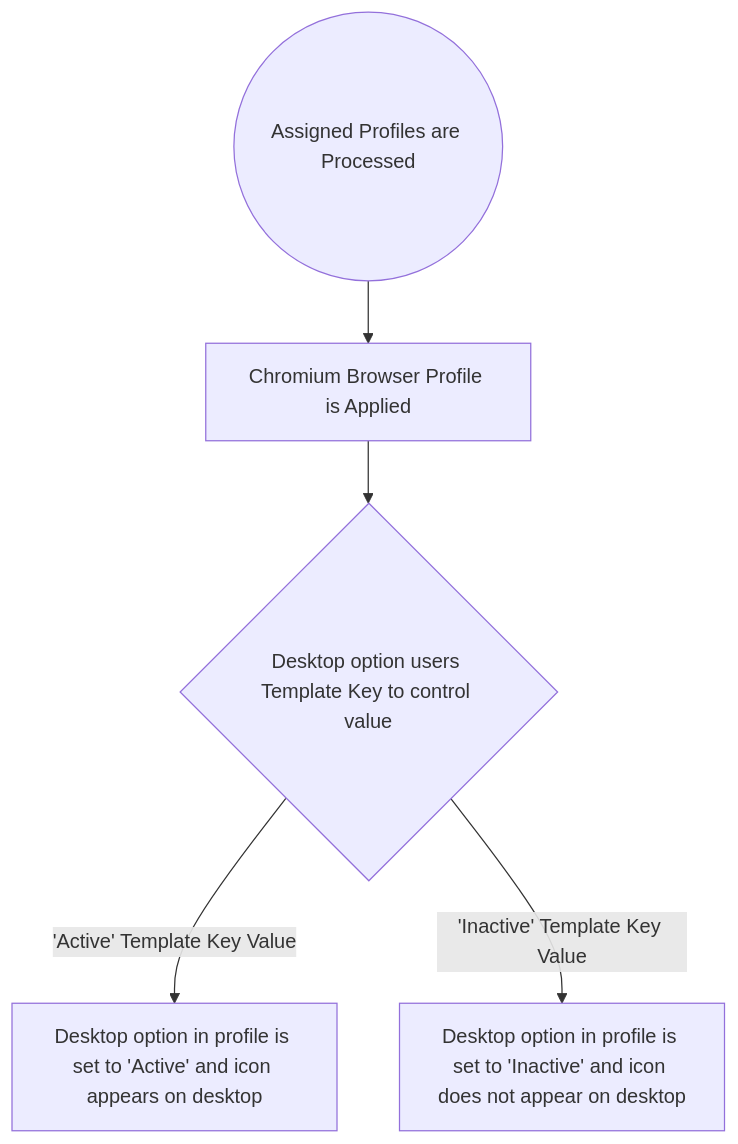
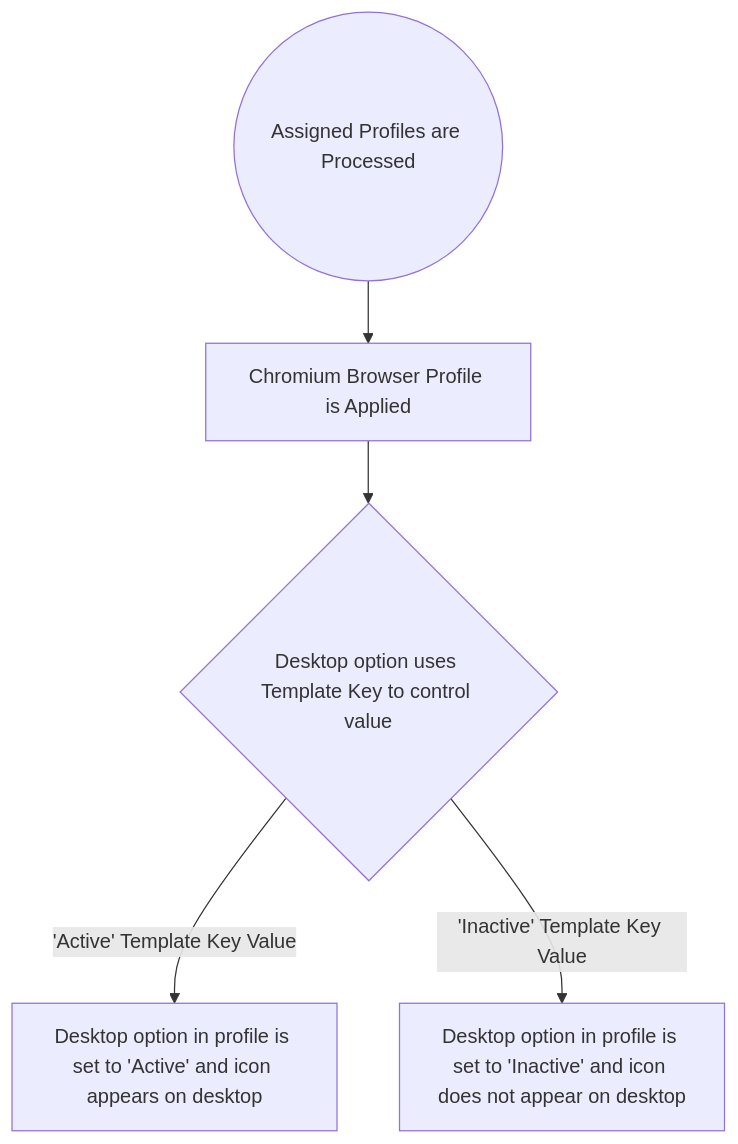
The diagram in docs/Docs/HOWTO-Template-Keys.md (IGEL-Community/IGEL-Docs-v02), drawn with Mermaid before and after one commit.

Commit message:
fix typo uses not users fix typo uses not users

````diff
--- a/docs/Docs/HOWTO-Template-Keys.md
+++ b/docs/Docs/HOWTO-Template-Keys.md
@@ -162,7 +162,7 @@
 ```mermaid
 flowchart TD
  A((Assigned Profiles are Processed)) --> B[Chromium Browser Profile is Applied]
- B --> C{Desktop option users Template Key to control value}
+ B --> C{Desktop option uses Template Key to control value}
  C -- 'Active' Template Key Value --> D[Desktop option in profile is set to 'Active' and icon appears on desktop]
  C -- 'Inactive' Template Key Value --> E[Desktop option in profile is set to 'Inactive' and icon does not appear on desktop]
 ```
````
